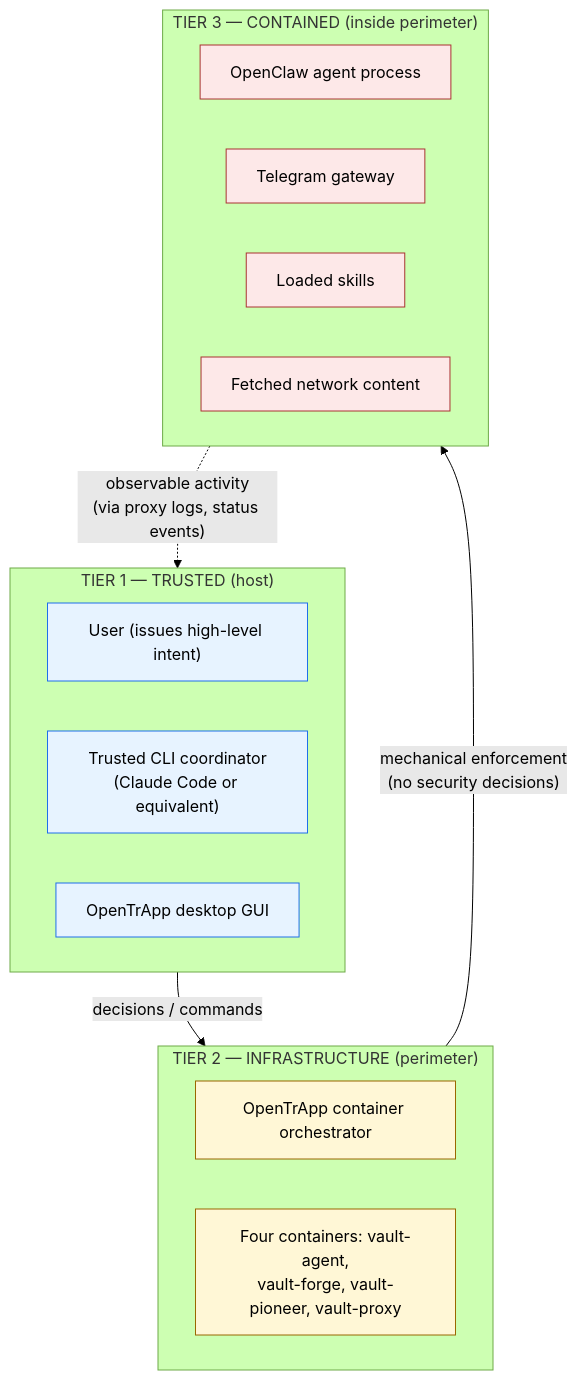
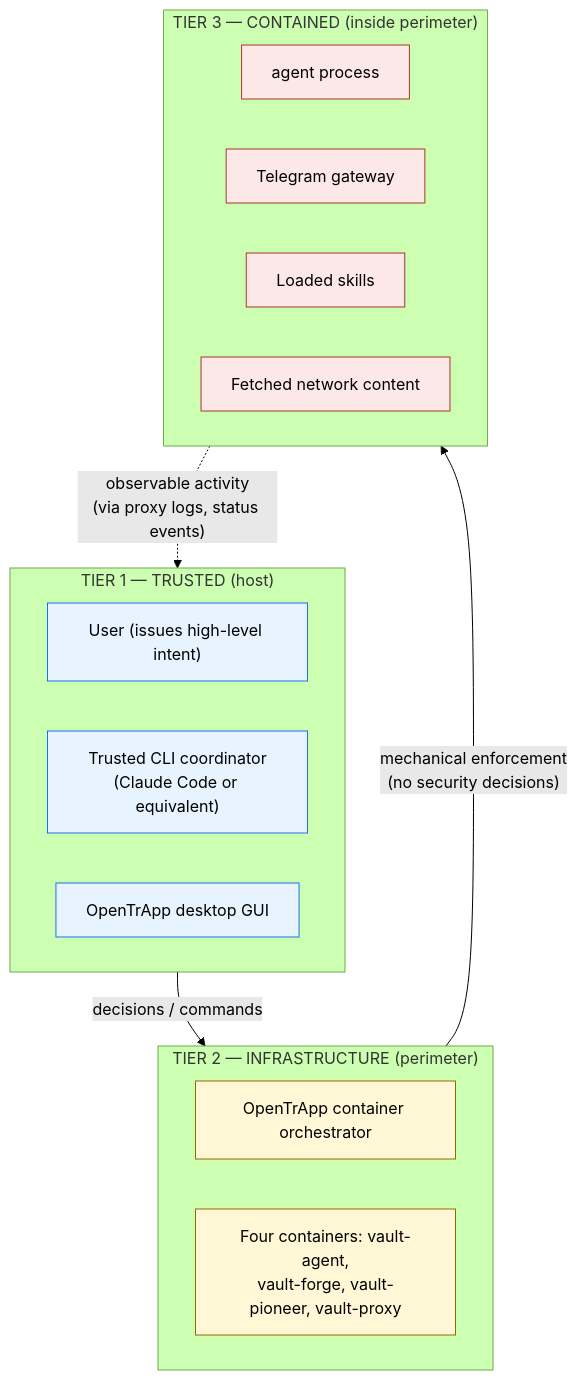
Before and after one commit to albertdobmeyer/opentrapp: the second of 5 diagrams in docs/diagrams.md, drawn with Mermaid (forest theme). The commit also changed other lines of this file and 15 other files, not shown here.

First line of the commit message:
docs(reframe): generalize OpenClaw mentions to agent-agnostic framing

````diff
--- a/docs/diagrams.md
+++ b/docs/diagrams.md
@@ -72,35 +72,35 @@
 ```mermaid
 flowchart TD
     subgraph T1["TIER 1 — TRUSTED (host)"]
         direction LR
         T1A["User (issues high-level intent)"]
         T1B["Trusted CLI coordinator<br/>(Claude Code or equivalent)"]
         T1C["OpenTrApp desktop GUI"]
     end
 
     subgraph T2["TIER 2 — INFRASTRUCTURE (perimeter)"]
         direction LR
         T2A["OpenTrApp container orchestrator"]
         T2B["Four containers: vault-agent,<br/>vault-forge, vault-pioneer, vault-proxy"]
     end
 
     subgraph T3["TIER 3 — CONTAINED (inside perimeter)"]
         direction LR
-        T3A[OpenClaw agent process]
+        T3A[agent process]
         T3B[Telegram gateway]
         T3C[Loaded skills]
         T3D[Fetched network content]
     end
 
     T1 -->|"decisions / commands"| T2
     T2 -->|"mechanical enforcement<br/>(no security decisions)"| T3
     T3 -.->|"observable activity<br/>(via proxy logs, status events)"| T1
 
     classDef trusted fill:#e7f3ff,stroke:#1f6feb,color:#000
     classDef infra fill:#fff7d6,stroke:#9a6700,color:#000
     classDef contained fill:#fde8e8,stroke:#aa3333,color:#000
 
     class T1A,T1B,T1C trusted
     class T2A,T2B infra
     class T3A,T3B,T3C,T3D contained
 ```
````
